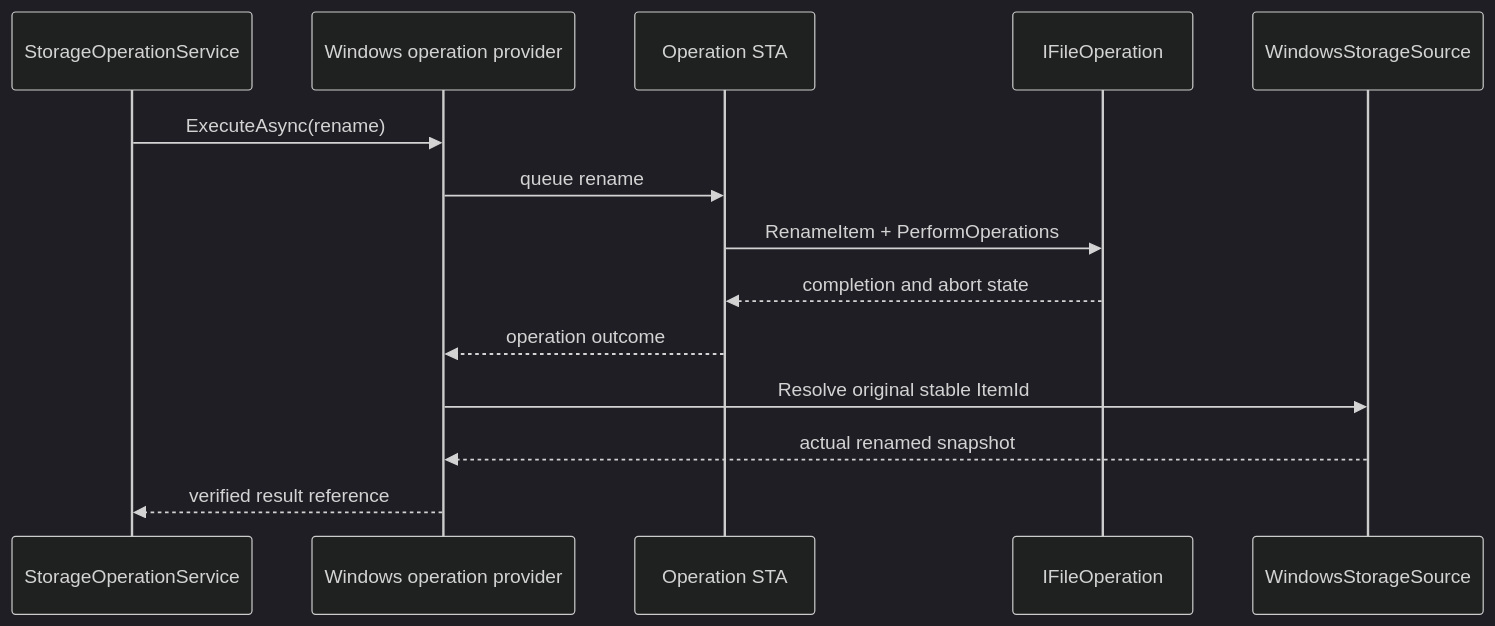
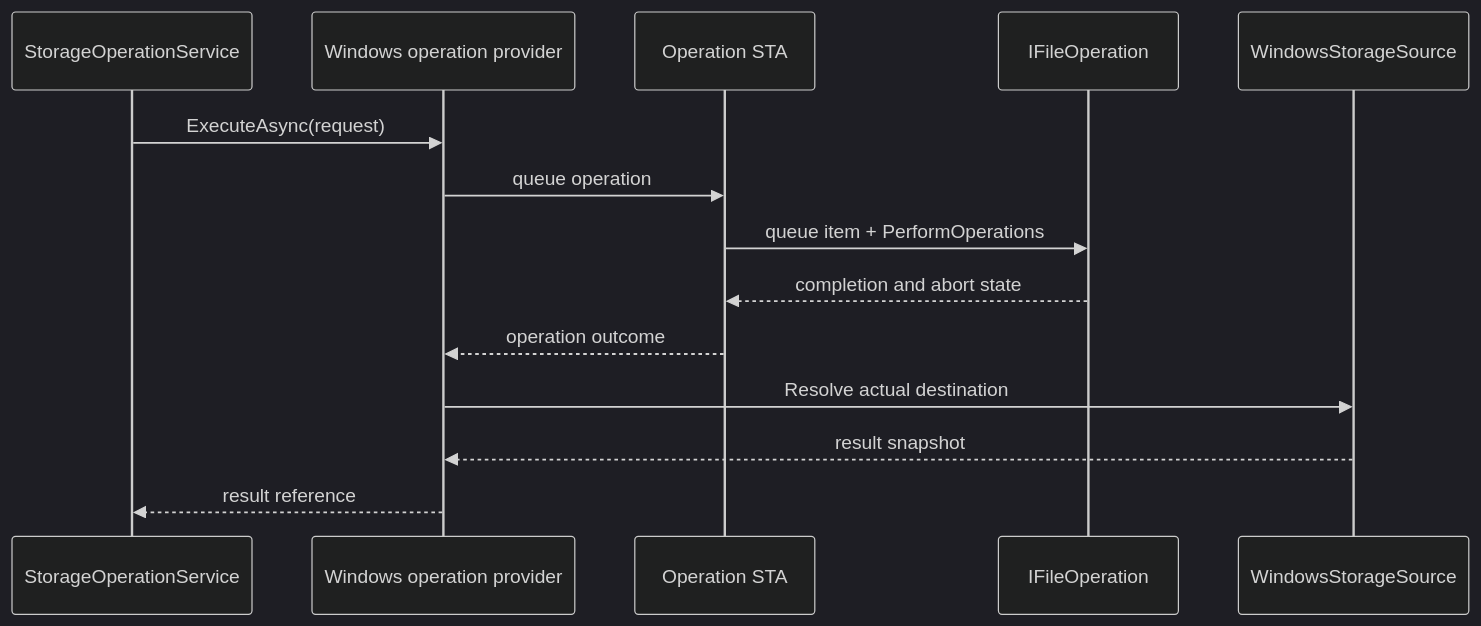
Before and after one commit to 0x5bfa/Files: the eighth of 8 diagrams in docs/architecture/windows-storage.md, drawn with Mermaid (dark theme). The commit also changed other lines of this file and 88 other files, not shown here.

First line of the commit message:
Complete Files.Core architecture foundation

````diff
--- a/docs/architecture/windows-storage.md
+++ b/docs/architecture/windows-storage.md
@@ -234,17 +244,17 @@
 ```mermaid
 sequenceDiagram
     participant Service as StorageOperationService
     participant Provider as Windows operation provider
     participant STA as Operation STA
     participant Shell as IFileOperation
     participant Source as WindowsStorageSource
 
-    Service->>Provider: ExecuteAsync(rename)
-    Provider->>STA: queue rename
-    STA->>Shell: RenameItem + PerformOperations
+    Service->>Provider: ExecuteAsync(request)
+    Provider->>STA: queue operation
+    STA->>Shell: queue item + PerformOperations
     Shell-->>STA: completion and abort state
     STA-->>Provider: operation outcome
-    Provider->>Source: Resolve original stable ItemId
-    Source-->>Provider: actual renamed snapshot
-    Provider-->>Service: verified result reference
+    Provider->>Source: Resolve actual destination
+    Source-->>Provider: result snapshot
+    Provider-->>Service: result reference
 ```
````
